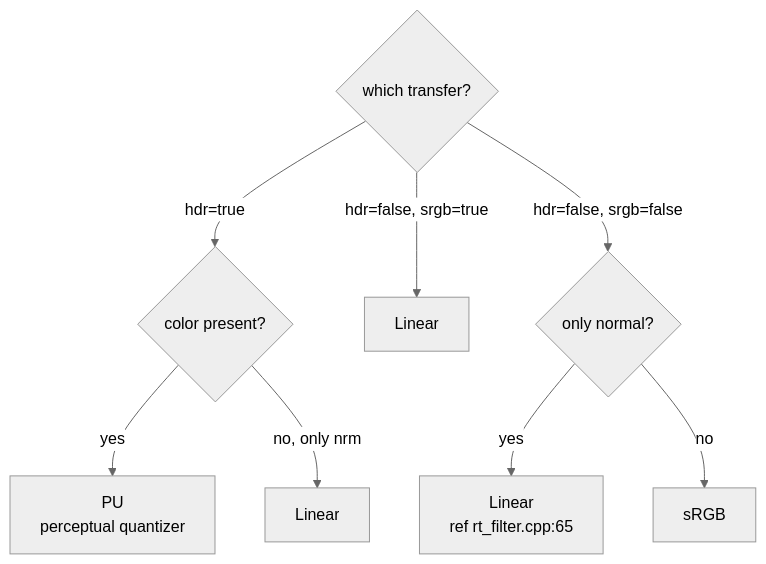
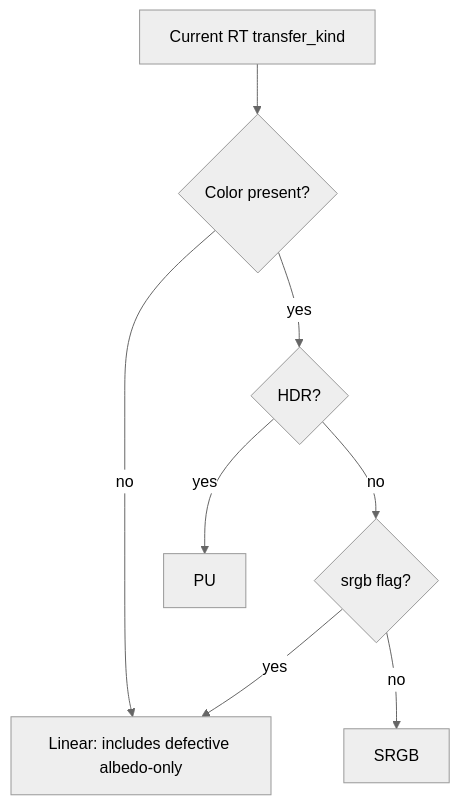
The seventh of 19 diagrams in DIAGRAMS.md (ssoj13/oidn-rs), drawn with Mermaid (neutral theme) before and after one commit. The commit also changed other lines of this file and 245 other files, not shown here.

````diff
--- a/DIAGRAMS.md
+++ b/DIAGRAMS.md
@@ -119,11 +164,10 @@
 ```mermaid
 flowchart TB
-    start{which transfer?}
-    start -- "hdr=true" --> chk_color{"color present?"}
-    chk_color -- "yes" --> pu[PU<br/>perceptual quantizer]
-    chk_color -- "no, only nrm" --> linear[Linear]
-    start -- "hdr=false, srgb=true" --> linear2[Linear]
-    start -- "hdr=false, srgb=false" --> chk2{"only normal?"}
-    chk2 -- "yes" --> linear3[Linear<br/>ref rt_filter.cpp:65]
-    chk2 -- "no" --> srgb[sRGB]
+    start["Current RT transfer_kind"] --> present{"Color present?"}
+    present -- no --> linear["Linear: includes defective albedo-only"]
+    present -- yes --> hdr{"HDR?"}
+    hdr -- yes --> pu["PU"]
+    hdr -- no --> srgb{"srgb flag?"}
+    srgb -- yes --> linear
+    srgb -- no --> encoded["SRGB"]
 ```
````
